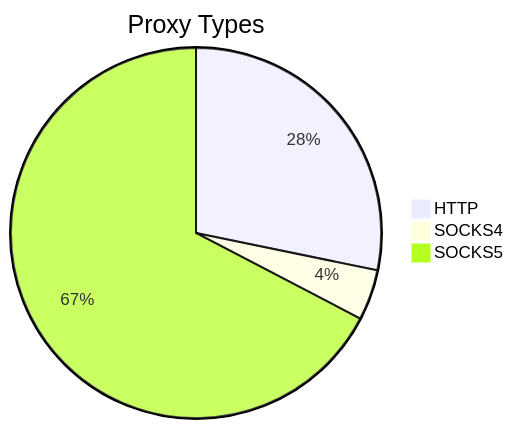
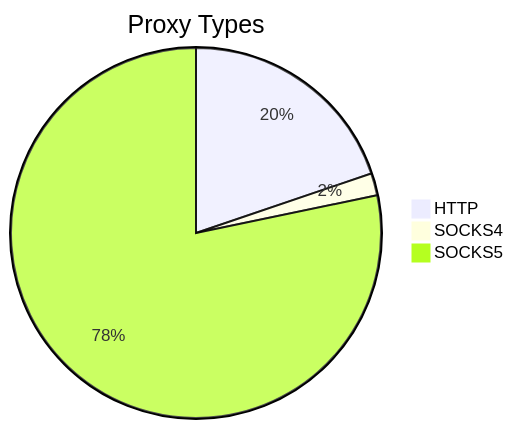
Before and after one commit to stormsia/proxy-list: the first of 2 diagrams in README.md, drawn with Mermaid. The commit also changed other lines of this file, not shown here.

````diff
--- a/README.md
+++ b/README.md
@@ -21,6 +21,6 @@
 ```mermaid
 pie title Proxy Types
-    "HTTP" : 179
-    "SOCKS4" : 28
-    "SOCKS5" : 427
+    "HTTP" : 133
+    "SOCKS4" : 13
+    "SOCKS5" : 526
 ```
````
